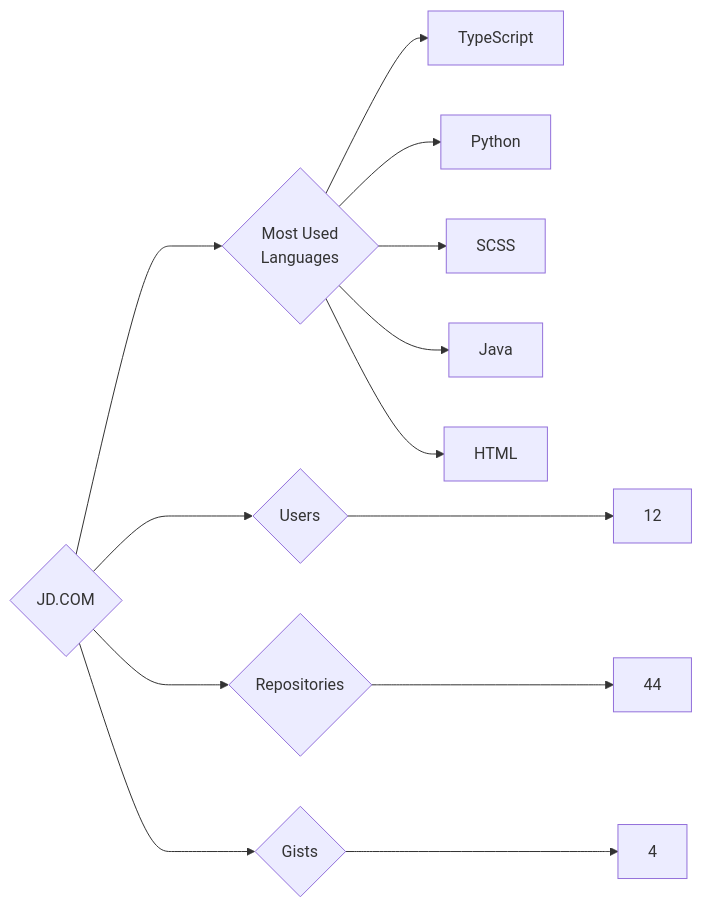
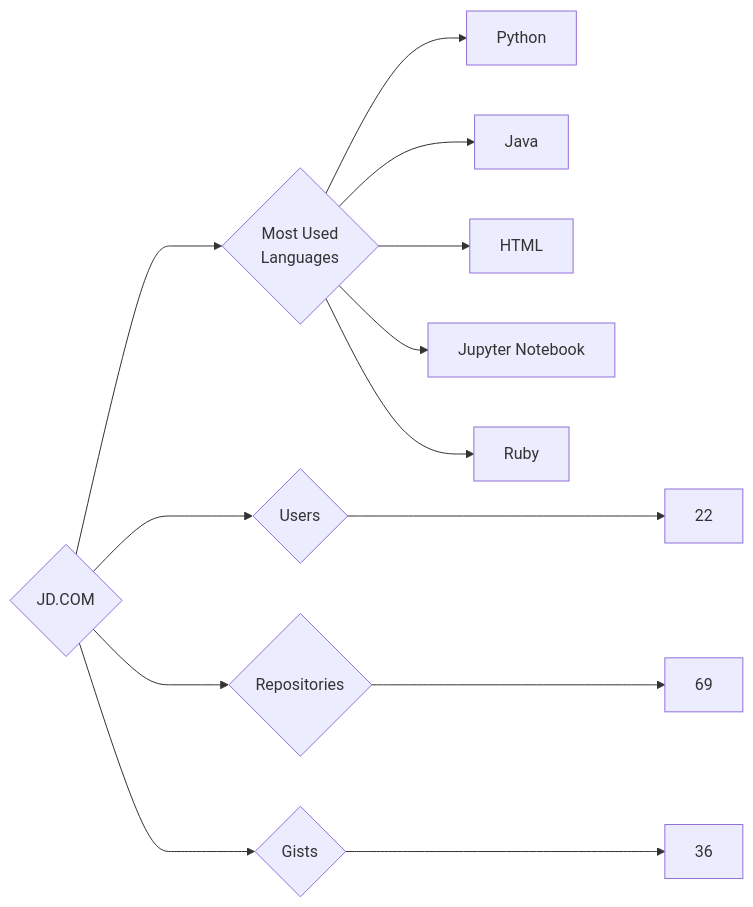
The diagram in targets/JD.COM/README.md (trickest/insiders), drawn with Mermaid before and after one commit. The commit also changed 860 other files, not shown here.

````diff
--- a/targets/JD.COM/README.md
+++ b/targets/JD.COM/README.md
@@ -3,13 +3,13 @@
 ```mermaid
 graph LR
 COMPANY_NAME{JD.COM}
-COMPANY_NAME ---> U{Users} ---> UN[12]
-COMPANY_NAME ---> R{Repositories} ---> RN[44]
-COMPANY_NAME ---> G{Gists} ---> GN[4]
+COMPANY_NAME ---> U{Users} ---> UN[22]
+COMPANY_NAME ---> R{Repositories} ---> RN[69]
+COMPANY_NAME ---> G{Gists} ---> GN[36]
 COMPANY_NAME ---> ML{Most Used<br>Languages}
-ML --> TypeScript[TypeScript]
 ML --> Python[Python]
-ML --> SCSS[SCSS]
 ML --> Java[Java]
 ML --> HTML[HTML]
+ML --> Jupyter_Notebook[Jupyter Notebook]
+ML --> Ruby[Ruby]
 ```
````
